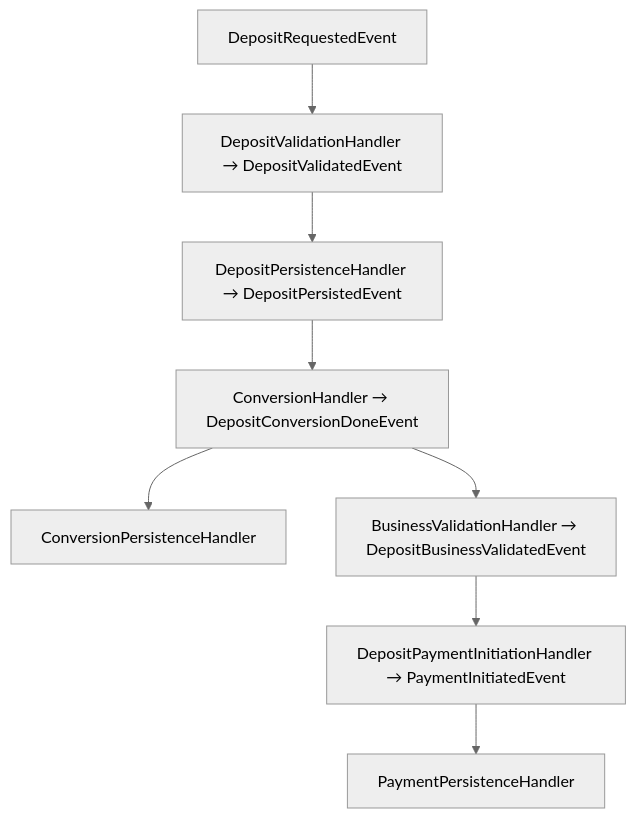
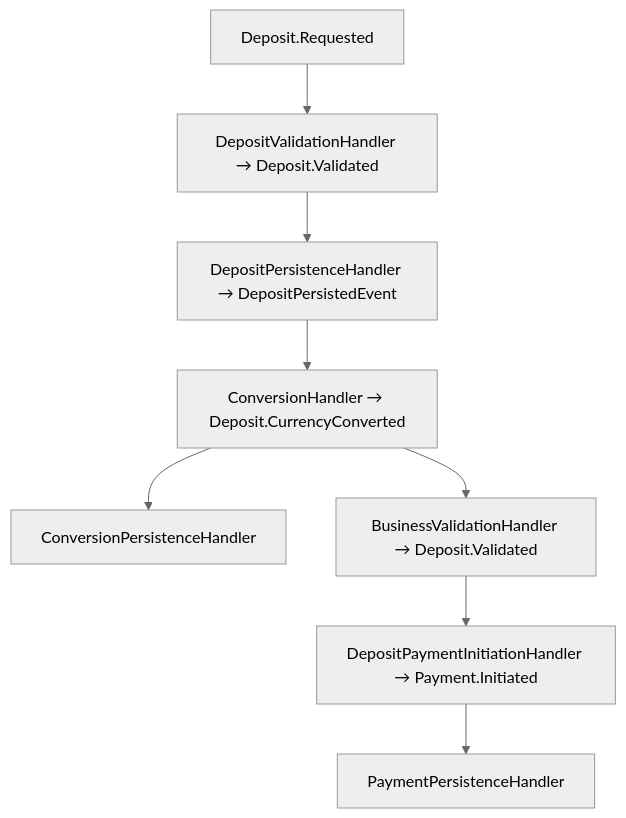
One commit to amirasaad/fintech changed the first of 3 diagrams in docs/refactoring/deposit_event_flow_refactor.md. Above: the diagram before and after it, drawn with Mermaid (neutral theme). The commit also changed other lines of this file and 11 other files, not shown here.

````diff
--- a/docs/refactoring/deposit_event_flow_refactor.md
+++ b/docs/refactoring/deposit_event_flow_refactor.md
@@ -10,10 +11,10 @@
 ```mermaid
 flowchart TD
-    A[DepositRequestedEvent] --> B[DepositValidationHandler → DepositValidatedEvent]
+    A[Deposit.Requested] --> B[DepositValidationHandler → Deposit.Validated]
     B --> C[DepositPersistenceHandler → DepositPersistedEvent]
-    C --> D[ConversionHandler → DepositConversionDoneEvent]
+    C --> D[ConversionHandler → Deposit.CurrencyConverted]
     D --> E[ConversionPersistenceHandler]
-    D --> F[BusinessValidationHandler → DepositBusinessValidatedEvent]
-    F --> G[DepositPaymentInitiationHandler → PaymentInitiatedEvent]
+    D --> F[BusinessValidationHandler → Deposit.Validated]
+    F --> G[DepositPaymentInitiationHandler → Payment.Initiated]
     G --> H[PaymentPersistenceHandler]
 ```
````
